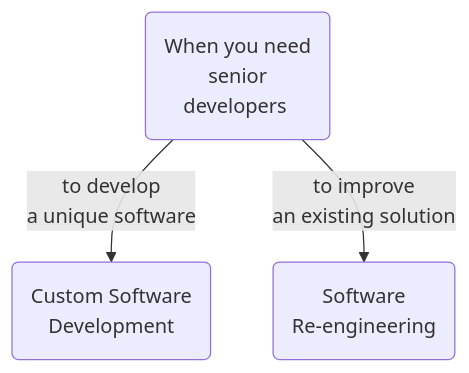
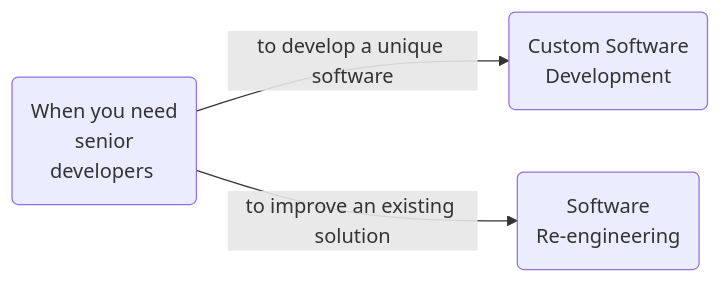
Before and after one commit to mouseless/mouseless.codes: the diagram in services.md, drawn with Mermaid. The commit also changed other lines of this file and 5 other files, not shown here.

````diff
--- a/services.md
+++ b/services.md
@@ -30,9 +29,9 @@
 ```mermaid
-flowchart TD
+flowchart LR
     Q(When you need\nsenior\ndevelopers&nbsp;)
     CSD(Custom Software\nDevelopment)
     RE(Software\nRe-engineering)
 
-    Q -->|to develop\na unique software| CSD
-    Q -->|to improve\nan existing solution| RE
+    Q -->|to develop a unique software| CSD
+    Q -->|to improve an existing solution| RE
 ```
````
